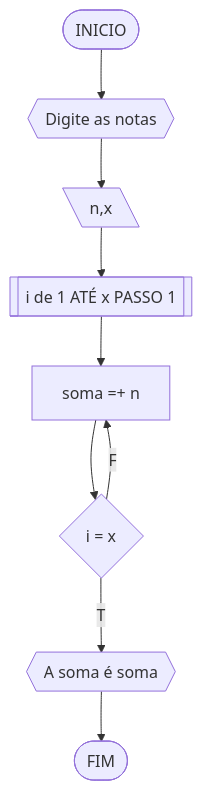
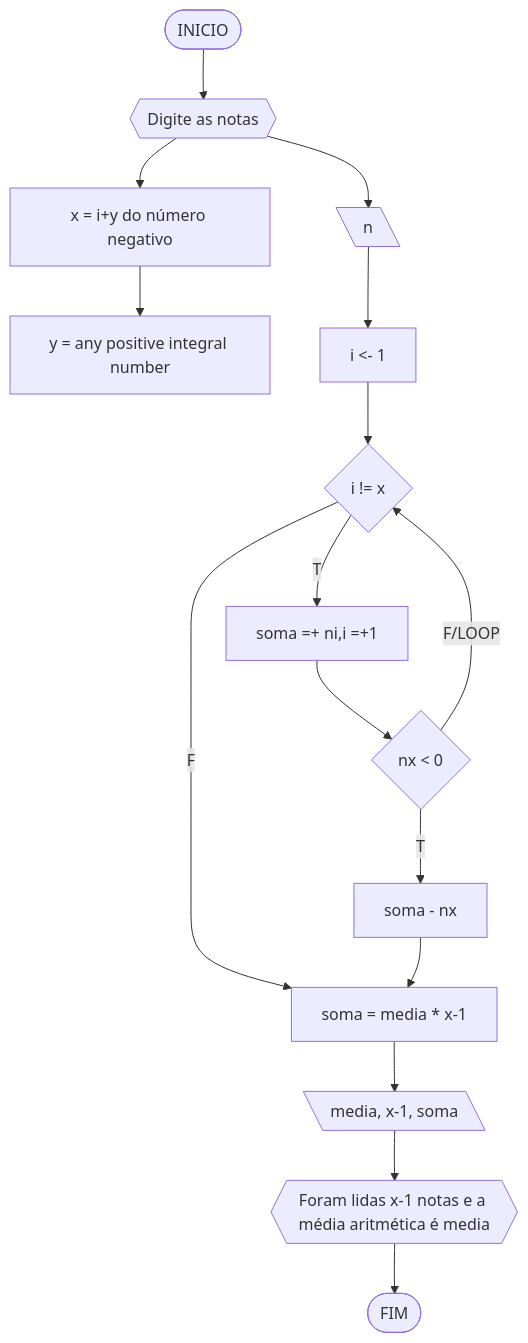
Diagram 15 of 22 in codigos.md (MozillaFirefox/UNIFOR), drawn with Mermaid before and after one commit. The commit also changed other lines of this file, not shown here.

````diff
--- a/codigos.md
+++ b/codigos.md
@@ -713,11 +713,19 @@
 ```mermaid
 flowchart TD
 A([INICIO]) --> B{{Digite as notas}}
-B-->C[\n,x\]
-C-->D[[ i de 1 ATÉ x PASSO 1]]  
-D-->E[soma =+ n]
-E-->H{i = x}
-H--T-->F{{A soma é soma}}
-H--F-->E
-F-->G([FIM])
+B-->C[\n\]
+B-->X[ x = i+y do número negativo]
+X-->Z[ y = any positive integral number]
+C-->D[i <- 1]
+D-->E{i != x}
+E--T-->H[soma =+ ni,i =+1]
+E--F-->G[ soma = media * x-1]
+H-->J{nx < 0}
+J--T-->K[soma - nx]
+K-->G
+J--F/LOOP-->E
+G-->M[\media, x-1, soma\]
+M-->N{{Foram lidas x-1 notas e a média aritmética é media}}
+N-->O([FIM])
+
 ```
````
